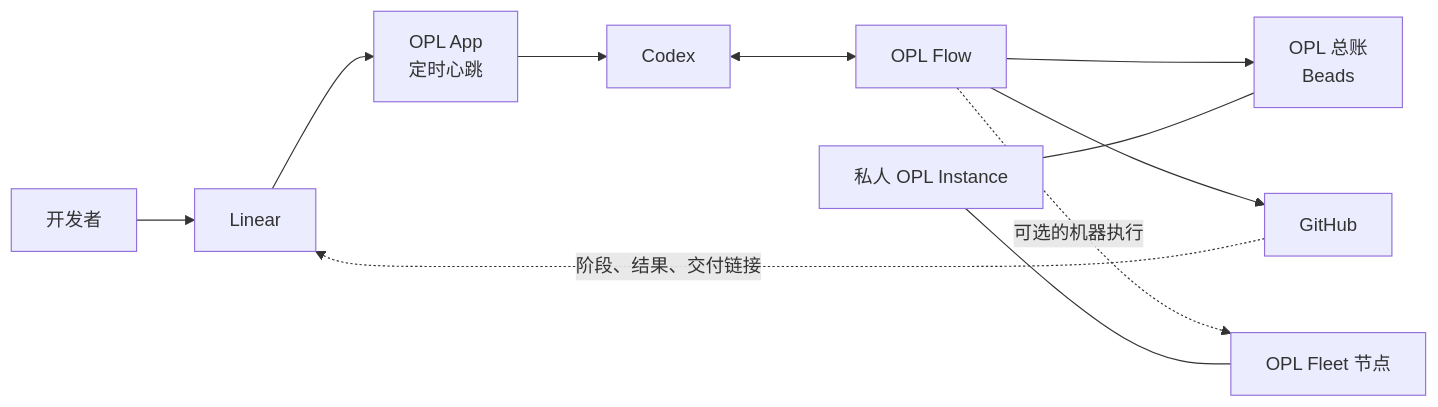
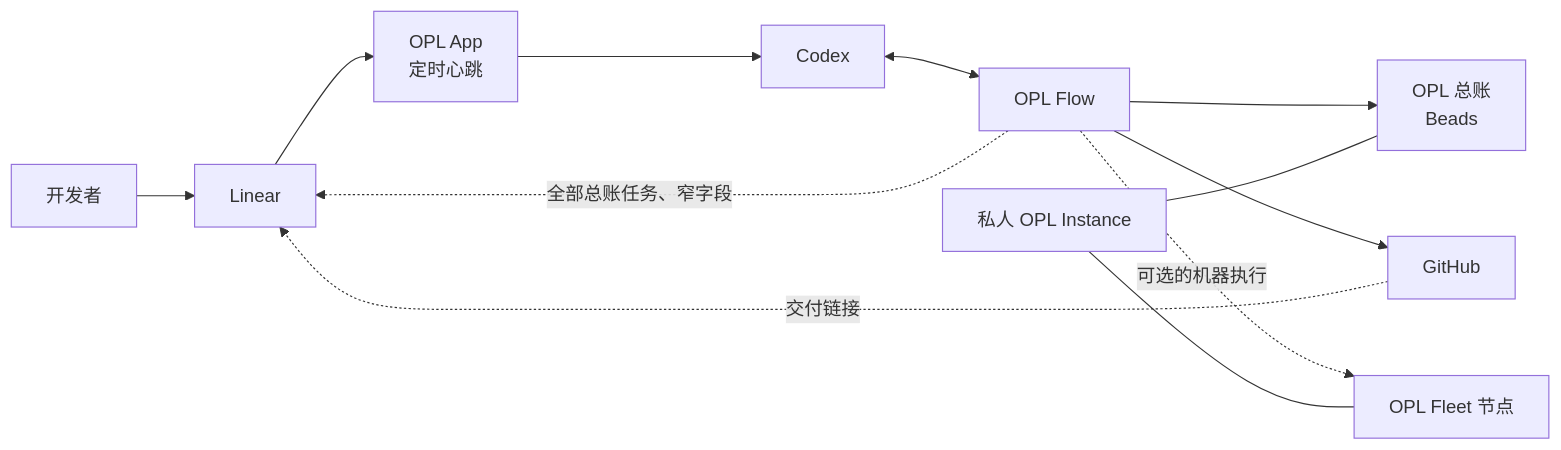
Before and after one commit to gaofeng21cn/opl-flow: the diagram in README.zh-CN.md, drawn with Mermaid. The commit also changed other lines of this file and 9 other files, not shown here.

````diff
--- a/README.zh-CN.md
+++ b/README.zh-CN.md
@@ -41,13 +41,14 @@
 ```mermaid
 flowchart LR
     U[开发者] --> L[Linear]
     L --> A[OPL App<br/>定时心跳]
     A --> C[Codex]
     C <--> F[OPL Flow]
     F --> B[OPL 总账<br/>Beads]
     F --> G[GitHub]
     F -. 可选的机器执行 .-> N[OPL Fleet 节点]
-    G -. 阶段、结果、交付链接 .-> L
+    F -. 全部总账任务、窄字段 .-> L
+    G -. 交付链接 .-> L
     I[私人 OPL Instance] --- B
     I --- N
 ```
````
